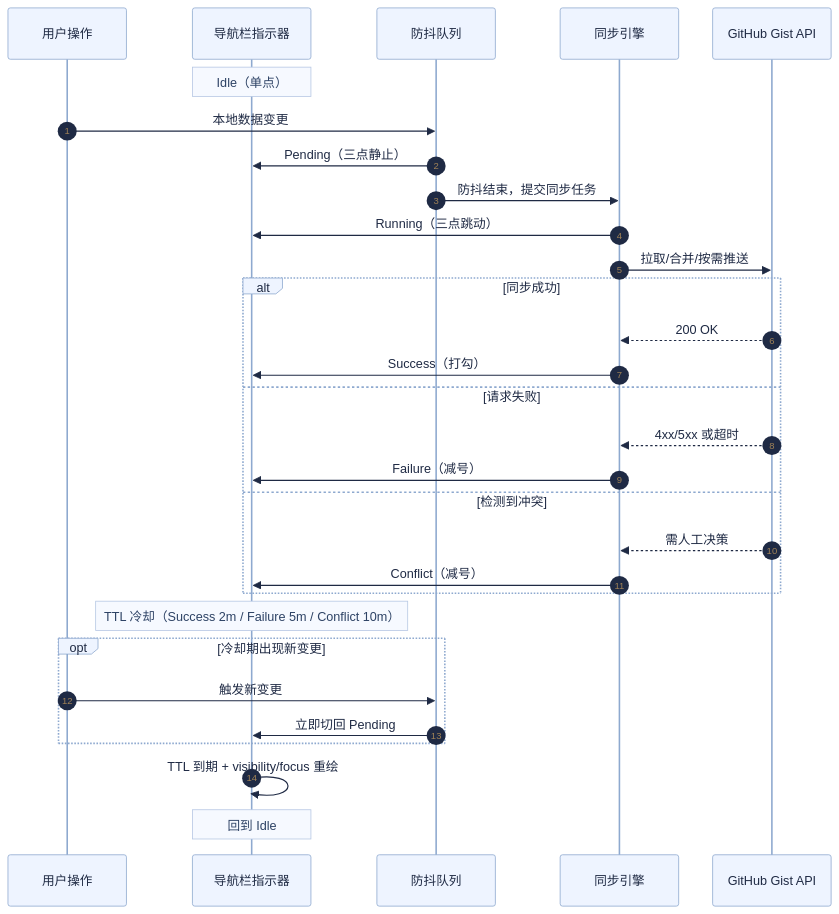
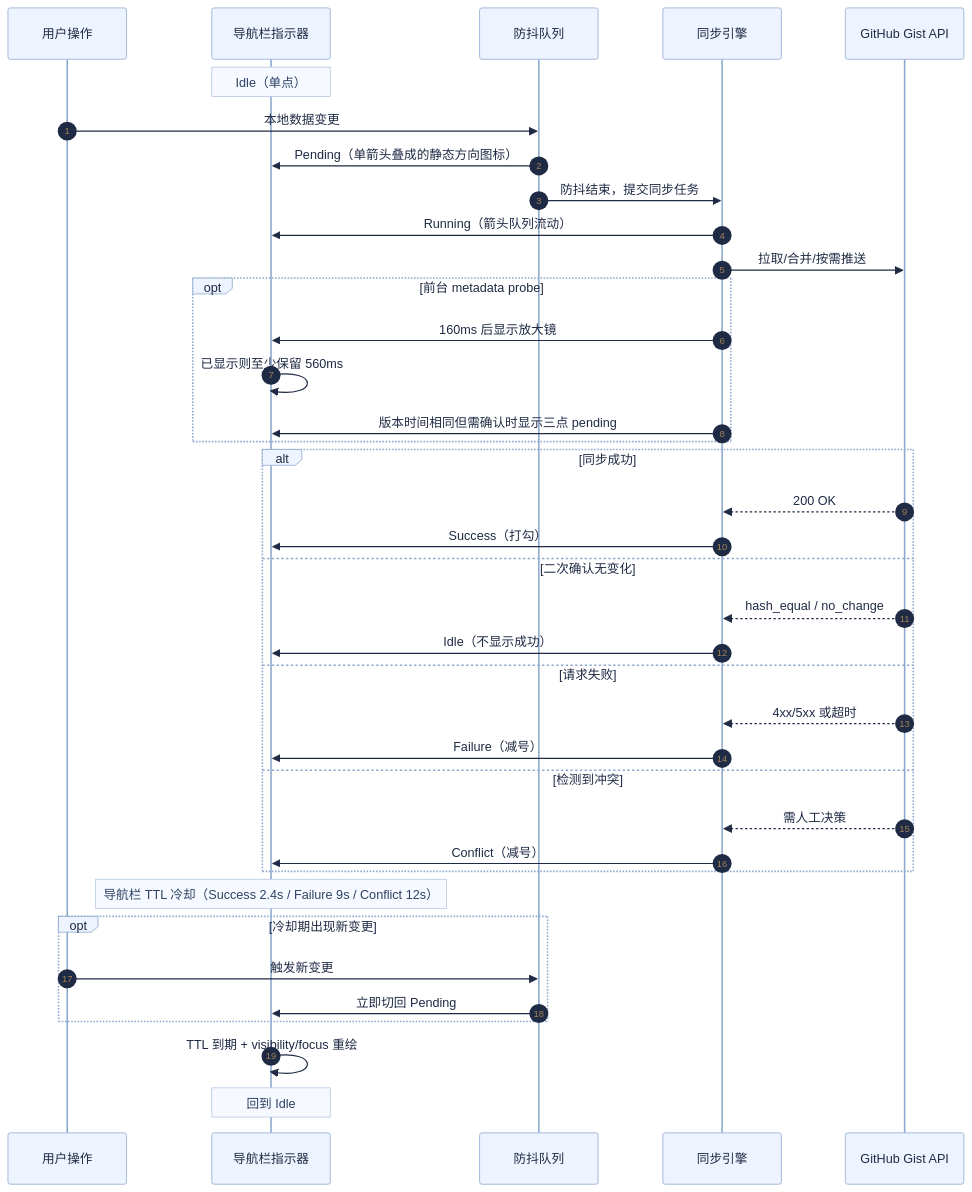
The diagram in DEVELOPMENT.md (moekyo/S1Plus-Manual), drawn with Mermaid before and after one commit. The commit also changed other lines of this file and 9 other files, not shown here.

````diff
--- a/DEVELOPMENT.md
+++ b/DEVELOPMENT.md
@@ -326,56 +344,65 @@
 ```mermaid
 %%{init: {
   "theme": "base",
   "themeVariables": {
     "primaryColor": "#f8fbff",
     "primaryTextColor": "#1f2a44",
     "primaryBorderColor": "#9db4d6",
     "lineColor": "#5f7da8",
     "actorBkg": "#eef4ff",
     "actorBorder": "#8ea9cf",
     "actorTextColor": "#1f2a44",
     "noteBkgColor": "#f6f9ff",
     "noteBorderColor": "#b6c7e3",
     "noteTextColor": "#2d4265"
   },
   "sequence": {
     "diagramMarginX": 24,
     "actorMargin": 36,
     "messageMargin": 16
   }
 }}%%
 sequenceDiagram
     autonumber
     participant U as 用户操作
     participant I as 导航栏指示器
     participant D as 防抖队列
     participant S as 同步引擎
     participant G as GitHub Gist API
 
     Note over I: Idle（单点）
     U->>D: 本地数据变更
-    D->>I: Pending（三点静止）
+    D->>I: Pending（单箭头叠成的静态方向图标）
     D->>S: 防抖结束，提交同步任务
-    S->>I: Running（三点跳动）
+    S->>I: Running（箭头队列流动）
     S->>G: 拉取/合并/按需推送
+
+    opt 前台 metadata probe
+        S->>I: 160ms 后显示放大镜
+        I->>I: 已显示则至少保留 560ms
+        S->>I: 版本时间相同但需确认时显示三点 pending
+    end
 
     alt 同步成功
         G-->>S: 200 OK
         S->>I: Success（打勾）
+    else 二次确认无变化
+        G-->>S: hash_equal / no_change
+        S->>I: Idle（不显示成功）
     else 请求失败
         G-->>S: 4xx/5xx 或超时
         S->>I: Failure（减号）
     else 检测到冲突
         G-->>S: 需人工决策
         S->>I: Conflict（减号）
     end
 
-    Note over I: TTL 冷却（Success 2m / Failure 5m / Conflict 10m）
+    Note over I: 导航栏 TTL 冷却（Success 2.4s / Failure 9s / Conflict 12s）
     opt 冷却期出现新变更
         U->>D: 触发新变更
         D->>I: 立即切回 Pending
     end
 
     I->>I: TTL 到期 + visibility/focus 重绘
     Note over I: 回到 Idle
 ```
````
